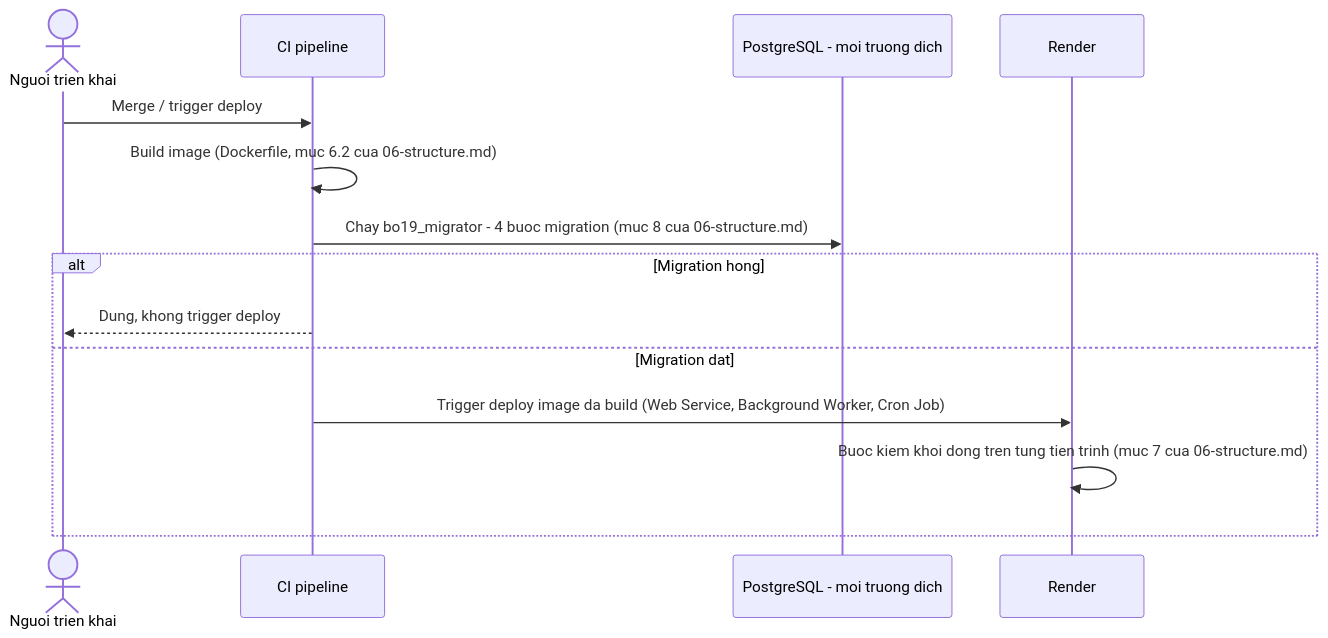
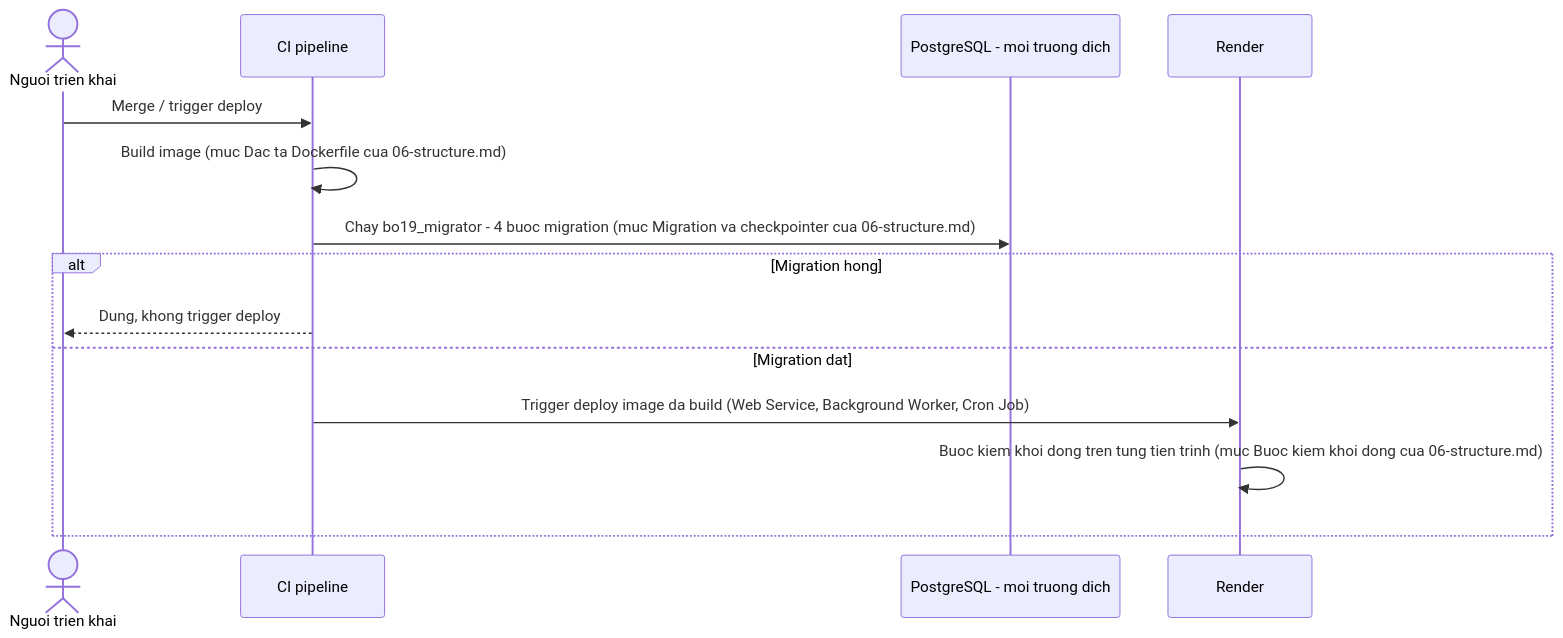
Before and after one commit to CongDuc02/AdminServiceDeskAgent: the diagram in docs/design/11-ops.md, drawn with Mermaid. The commit also changed other lines of this file and 20 other files, not shown here.

Commit message:
design: ADR-031 Accepted (weed server, đóng cổng 33646); A-055 Đã chốt; A-084 xử lý 412; mốc giữa Sprint 1; WV-16 sửa theo RAM; luật 12 trong nhãn Mermaid

````diff
--- a/docs/design/11-ops.md
+++ b/docs/design/11-ops.md
@@ -94,17 +94,17 @@
 ```mermaid
 sequenceDiagram
     actor Dev as Nguoi trien khai
     participant CI as CI pipeline
     participant DB as PostgreSQL - moi truong dich
     participant Render as Render
 
     Dev->>CI: Merge / trigger deploy
-    CI->>CI: Build image (Dockerfile, muc 6.2 cua 06-structure.md)
-    CI->>DB: Chay bo19_migrator - 4 buoc migration (muc 8 cua 06-structure.md)
+    CI->>CI: Build image (muc Dac ta Dockerfile cua 06-structure.md)
+    CI->>DB: Chay bo19_migrator - 4 buoc migration (muc Migration va checkpointer cua 06-structure.md)
     alt Migration hong
         CI-->>Dev: Dung, khong trigger deploy
     else Migration dat
         CI->>Render: Trigger deploy image da build (Web Service, Background Worker, Cron Job)
-        Render->>Render: Buoc kiem khoi dong tren tung tien trinh (muc 7 cua 06-structure.md)
+        Render->>Render: Buoc kiem khoi dong tren tung tien trinh (muc Buoc kiem khoi dong cua 06-structure.md)
     end
 ```
````
